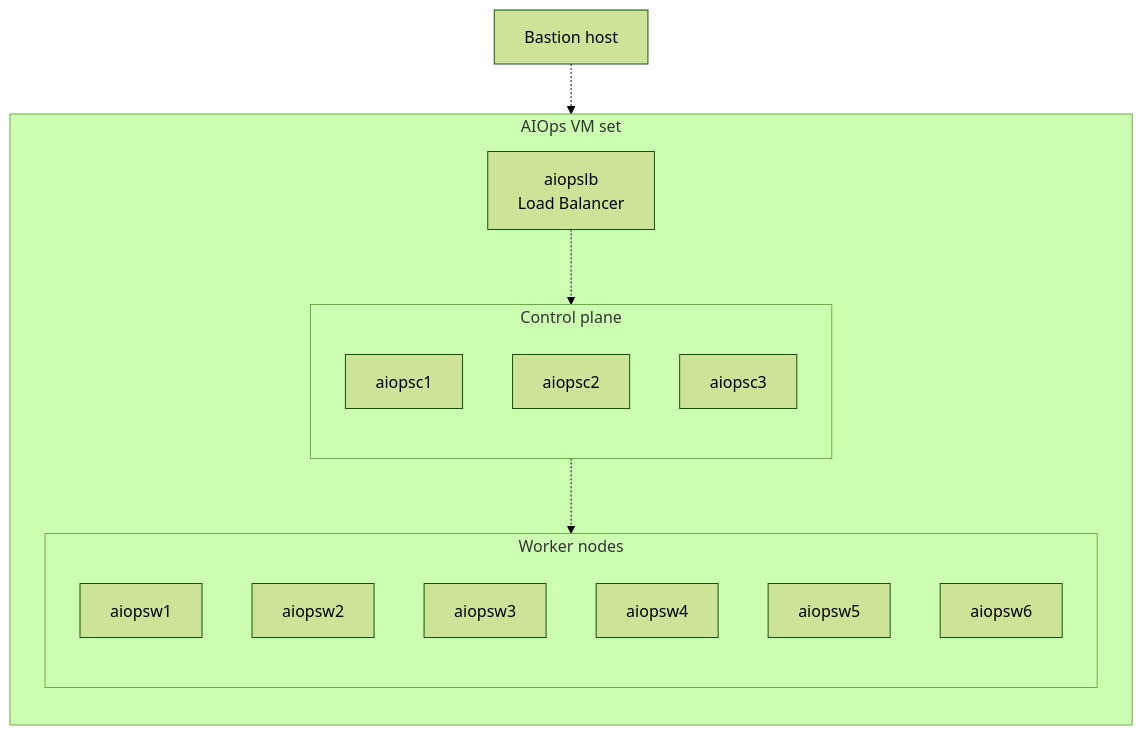
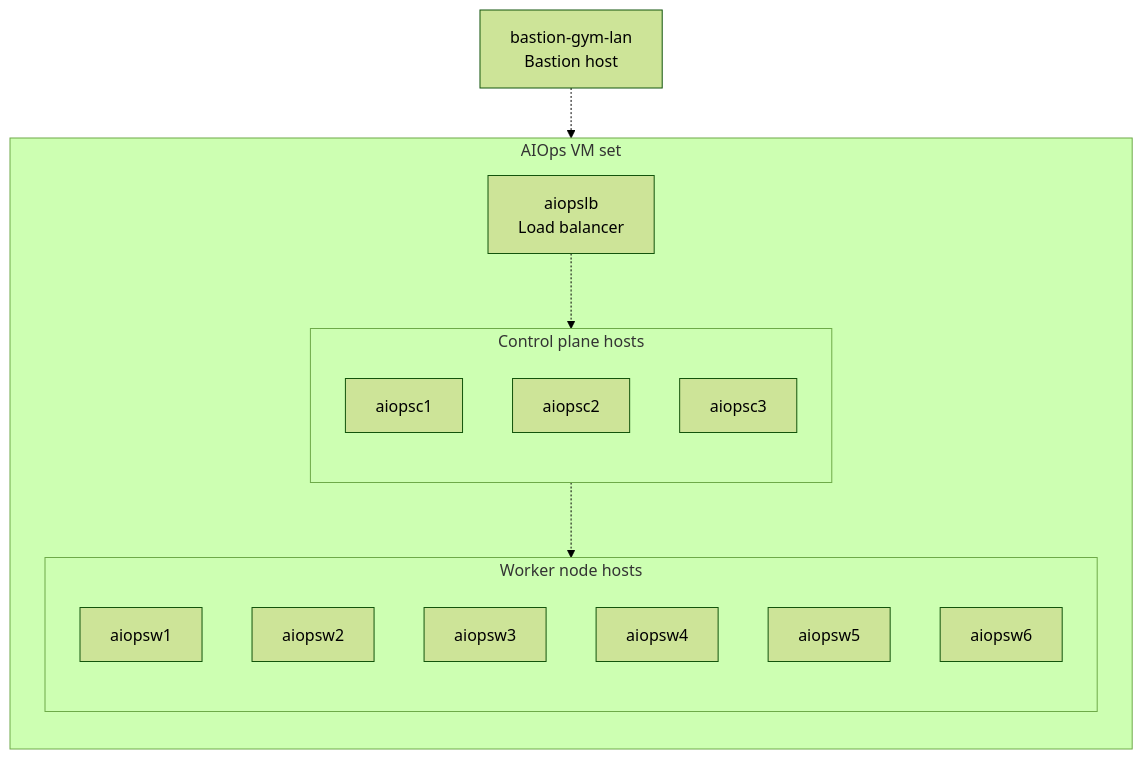
Before and after one commit to IBM/waiops-tech-jam: the first of 2 diagrams in labs/cloud-pak-aiops/install-lab-linux/3-installation/index.mdx, drawn with Mermaid (forest theme). The commit also changed other lines of this file, not shown here.

````diff
--- a/labs/cloud-pak-aiops/install-lab-linux/3-installation/index.mdx
+++ b/labs/cloud-pak-aiops/install-lab-linux/3-installation/index.mdx
@@ -19,32 +19,32 @@
 ```mermaid
 graph TD
 
-    BH[Bastion host]
+    BH[bastion-gym-lan<br/>Bastion host]
 
     subgraph AVMS[AIOps VM set]
 
         direction TB
-        LB[aiopslb<br/>Load Balancer]
+        LB[aiopslb<br/>Load balancer]
 
-        subgraph CP[Control plane]
+        subgraph CP[Control plane hosts]
             direction TB
             CP1[aiopsc1]
             CP2[aiopsc2]
             CP3[aiopsc3]
         end
 
-        subgraph WN[Worker nodes]
+        subgraph WN[Worker node hosts]
             direction TB
             W1[aiopsw1]
             W2[aiopsw2]
             W3[aiopsw3]
             W4[aiopsw4]
             W5[aiopsw5]
             W6[aiopsw6]
         end
     end
 
     BH -.-> LB
     LB -.-> CP
     CP -.-> WN
 ```
````
